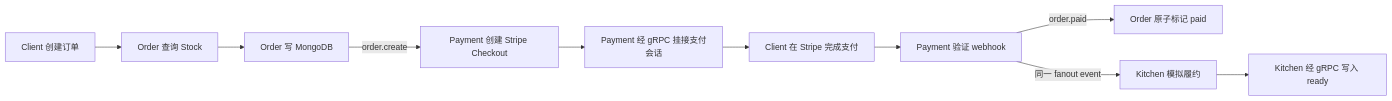
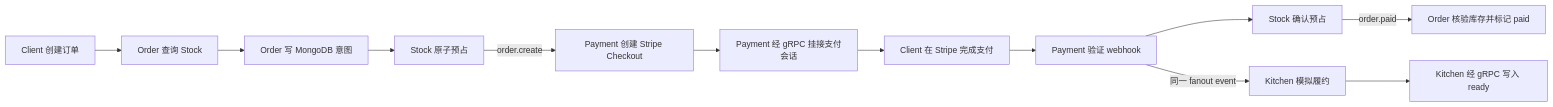
The first of 5 diagrams in docs/architecture/business-flow.md (jiahuipaung/gorder), drawn with Mermaid before and after one commit. The commit also changed other lines of this file and 60 other files, not shown here.

First line of the commit message:
Add recoverable inventory reservation flow

````diff
--- a/docs/architecture/business-flow.md
+++ b/docs/architecture/business-flow.md
@@ -12,12 +12,14 @@
 ```mermaid
 flowchart LR
     A[Client 创建订单] --> B[Order 查询 Stock]
-    B --> C[Order 写 MongoDB]
-    C -->|order.create| D[Payment 创建 Stripe Checkout]
+    B --> C[Order 写 MongoDB 意图]
+    C --> R[Stock 原子预占]
+    R -->|order.create| D[Payment 创建 Stripe Checkout]
     D --> E[Payment 经 gRPC 挂接支付会话]
     E --> F[Client 在 Stripe 完成支付]
     F --> G[Payment 验证 webhook]
-    G -->|order.paid| H[Order 原子标记 paid]
+    G --> S[Stock 确认预占]
+    S -->|order.paid| H[Order 核验库存并标记 paid]
     G -->|同一 fanout event| I[Kitchen 模拟履约]
     I --> J[Kitchen 经 gRPC 写入 ready]
 ```
````
